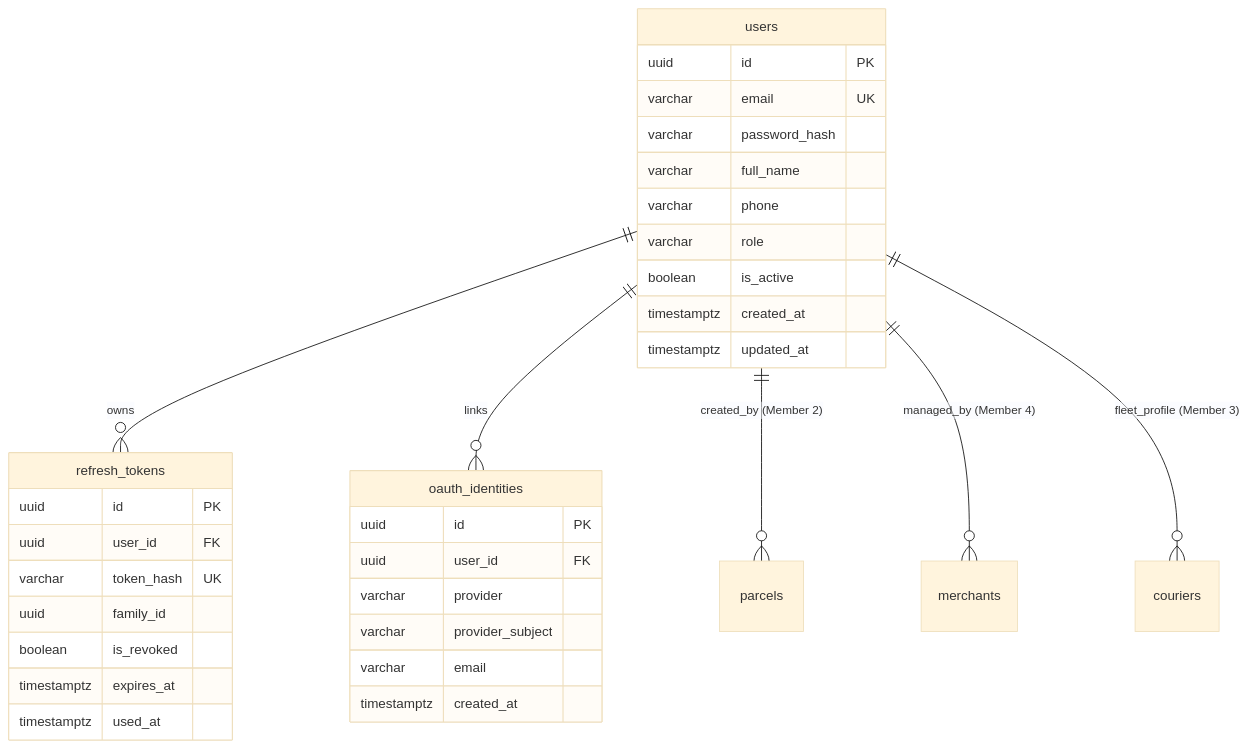
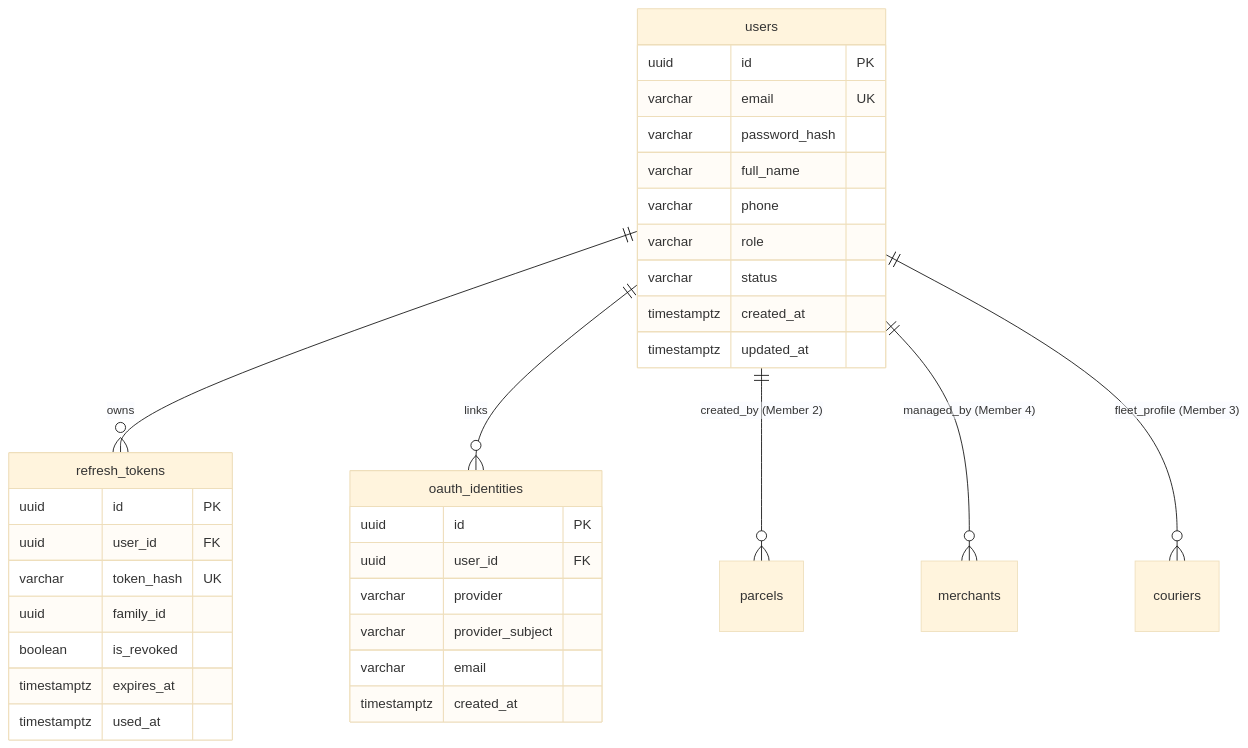
Before and after one commit to phantomTroupeEAD/SwiftDrop: the diagram in docs/drafts/member-01-identity/doc-05-data-and-persistence.md, drawn with Mermaid (base theme). The commit also changed other lines of this file and 9 other files, not shown here.

Commit message:
docs: add identity module technical specifications, security policies, and architectural ADRs

````diff
--- a/docs/drafts/member-01-identity/doc-05-data-and-persistence.md
+++ b/docs/drafts/member-01-identity/doc-05-data-and-persistence.md
@@ -91,39 +91,39 @@
 ```mermaid
 erDiagram
     users ||--o{ refresh_tokens : owns
     users ||--o{ oauth_identities : links
     users ||--o{ parcels : "created_by (Member 2)"
     users ||--o{ merchants : "managed_by (Member 4)"
     users ||--o{ couriers : "fleet_profile (Member 3)"
 
     users {
         uuid id PK
         varchar email UK
         varchar password_hash
         varchar full_name
         varchar phone
         varchar role
-        boolean is_active
+        varchar status
         timestamptz created_at
         timestamptz updated_at
     }
 
     refresh_tokens {
         uuid id PK
         uuid user_id FK
         varchar token_hash UK
         uuid family_id
         boolean is_revoked
         timestamptz expires_at
         timestamptz used_at
     }
 
     oauth_identities {
         uuid id PK
         uuid user_id FK
         varchar provider
         varchar provider_subject
         varchar email
         timestamptz created_at
     }
 ```
````
